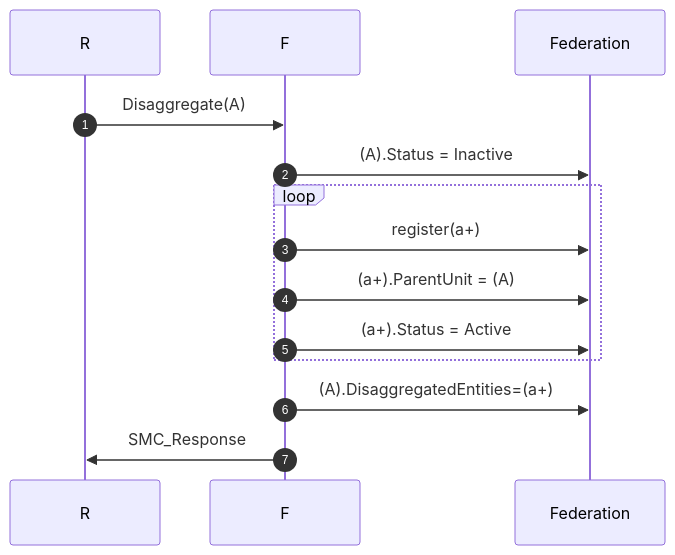
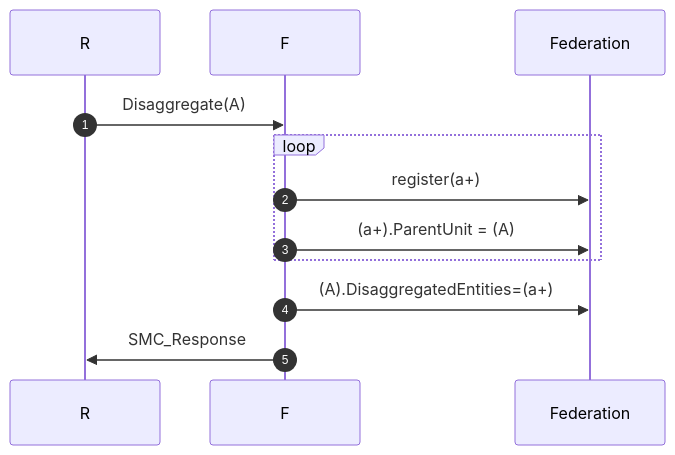
The fourth of 9 diagrams in modules/NETN-MRM/NETN-MRM.md (AMSP-04/NETN-FOM), drawn with Mermaid before and after one commit. The commit also changed other lines of this file and 2 other files, not shown here.

````diff
--- a/modules/NETN-MRM/NETN-MRM.md
+++ b/modules/NETN-MRM/NETN-MRM.md
@@ -104,15 +103,13 @@
 ```mermaid
 sequenceDiagram
 autonumber
 
 R->>F: Disaggregate(A)
-F->>Federation: (A).Status = Inactive
 loop
 F->>Federation: register(a+)
 F->>Federation: (a+).ParentUnit = (A)
-F->>Federation: (a+).Status = Active
 end
 F->>Federation: (A).DisaggregatedEntities=(a+)
 F->>R: SMC_Response
 
 ```
````
